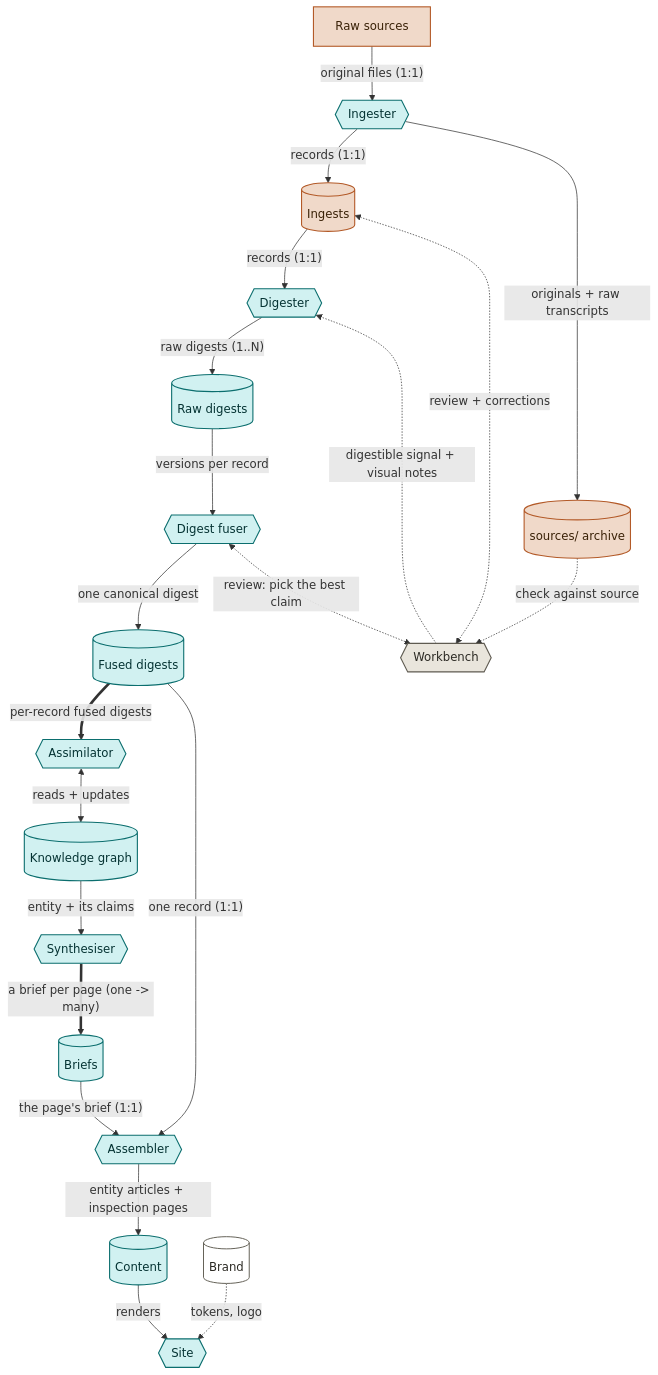
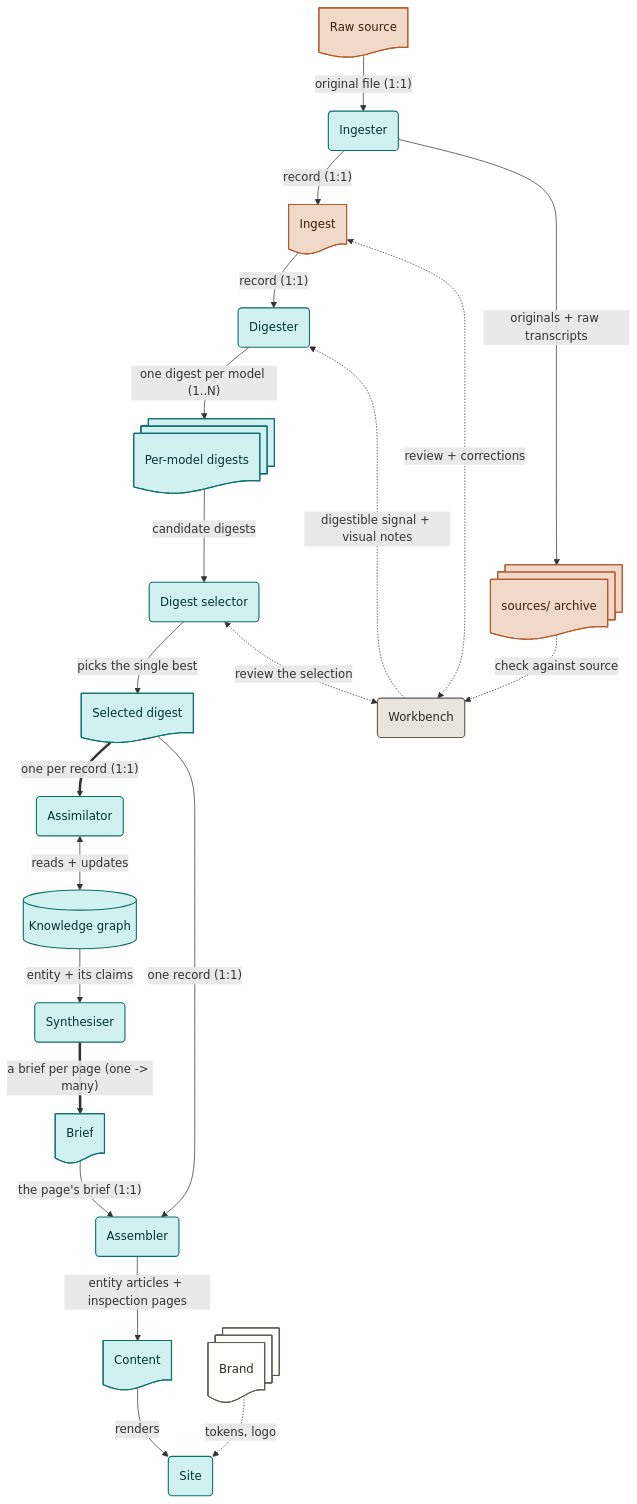
Before and after one commit to anomalica/anomalica: the diagram in reference/pipeline.mmd, drawn with Mermaid. The commit also changed 1 other file, not shown here.

Commit message:
docs: rework architecture diagram - digest selector (was fuser), per-model + selected digests, vertical layout + file shapes

```diff
--- a/reference/pipeline.mmd
+++ b/reference/pipeline.mmd
@@ -1,62 +1,67 @@
 flowchart TB
   classDef src fill:#F0D9C9,stroke:#B35A28,stroke-width:1.5px,color:#3a2208;
   classDef pub fill:#D1F1F1,stroke:#0B6E6E,stroke-width:1.5px,color:#053333;
   classDef rev fill:#E9E5DC,stroke:#5E5A50,stroke-width:1.5px,color:#2c2a24;
   classDef store fill:#ffffff,stroke:#5E5A50,stroke-width:1.3px,color:#2c2a24;
 
-  raw["Raw sources"]:::src
-  ingester{{"Ingester"}}:::pub
-  ingests[("Ingests")]:::src
-  archive[("sources/ archive")]:::src
-  workbench{{"Workbench"}}:::rev
-  digester{{"Digester"}}:::pub
-  raw_digests[("Raw digests")]:::pub
-  fuser{{"Digest fuser"}}:::pub
-  fused_digests[("Fused digests")]:::pub
-  assimilator{{"Assimilator"}}:::pub
-  kg[("Knowledge graph")]:::pub
-  synthesiser{{"Synthesiser"}}:::pub
-  briefs[("Briefs")]:::pub
-  assembler{{"Assembler"}}:::pub
-  content[("Content")]:::pub
-  site{{"Site"}}:::pub
-  brand[("Brand")]:::store
+  raw@{ shape: doc, label: "Raw source" }
+  ingester@{ shape: rounded, label: "Ingester" }
+  ingest@{ shape: doc, label: "Ingest" }
+  archive@{ shape: docs, label: "sources/ archive" }
+  workbench@{ shape: rounded, label: "Workbench" }
+  digester@{ shape: rounded, label: "Digester" }
+  digests@{ shape: docs, label: "Per-model digests" }
+  selector@{ shape: rounded, label: "Digest selector" }
+  selected@{ shape: doc, label: "Selected digest" }
+  assimilator@{ shape: rounded, label: "Assimilator" }
+  kg@{ shape: cyl, label: "Knowledge graph" }
+  synthesiser@{ shape: rounded, label: "Synthesiser" }
+  briefs@{ shape: doc, label: "Brief" }
+  assembler@{ shape: rounded, label: "Assembler" }
+  content@{ shape: doc, label: "Content" }
+  site@{ shape: rounded, label: "Site" }
+  brand@{ shape: docs, label: "Brand" }
 
-  raw -->|"original files (1:1)"| ingester
-  ingester -->|"records (1:1)"| ingests
+  raw -->|"original file (1:1)"| ingester
+  ingester -->|"record (1:1)"| ingest
   ingester -->|"originals + raw transcripts"| archive
-  ingests -->|"records (1:1)"| digester
-  digester -->|"raw digests (1..N)"| raw_digests
-  raw_digests -->|"versions per record"| fuser
-  fuser -->|"one canonical digest"| fused_digests
-  fused_digests ==>|"per-record fused digests"| assimilator
+  ingest -->|"record (1:1)"| digester
+  digester -->|"one digest per model (1..N)"| digests
+  digests -->|"candidate digests"| selector
+  selector -->|"picks the single best"| selected
+  selected ==>|"one per record (1:1)"| assimilator
   assimilator <-->|"reads + updates"| kg
   kg -->|"entity + its claims"| synthesiser
   synthesiser ==>|"a brief per page (one -> many)"| briefs
   briefs -->|"the page's brief (1:1)"| assembler
-  fused_digests -->|"one record (1:1)"| assembler
+  selected -->|"one record (1:1)"| assembler
   assembler -->|"entity articles + inspection pages"| content
   content -->|"renders"| site
   brand -.->|"tokens, logo"| site
-  ingests <-.->|"review + corrections"| workbench
-  fuser <-.->|"review: pick the best claim"| workbench
+  ingest <-.->|"review + corrections"| workbench
+  selector <-.->|"review the selection"| workbench
   archive -.->|"check against source"| workbench
   workbench -.->|"digestible signal + visual notes"| digester
 
+  class raw,ingest,archive src
+  class ingester,digester,digests,selector,selected,assimilator,kg,synthesiser,briefs,assembler,content,site pub
+  class workbench rev
+  class brand store
+
   click raw nodeClick
   click ingester nodeClick
-  click ingests nodeClick
+  click ingest nodeClick
   click archive nodeClick
   click workbench nodeClick
   click digester nodeClick
-  click raw_digests nodeClick
-  click fuser nodeClick
-  click fused_digests nodeClick
+  click digests nodeClick
+  click selector nodeClick
+  click selected nodeClick
   click assimilator nodeClick
   click kg nodeClick
   click synthesiser nodeClick
   click briefs nodeClick
   click assembler nodeClick
   click content nodeClick
   click site nodeClick
   click brand nodeClick
```
